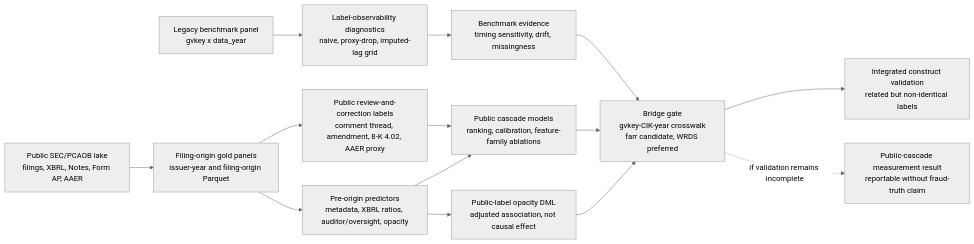
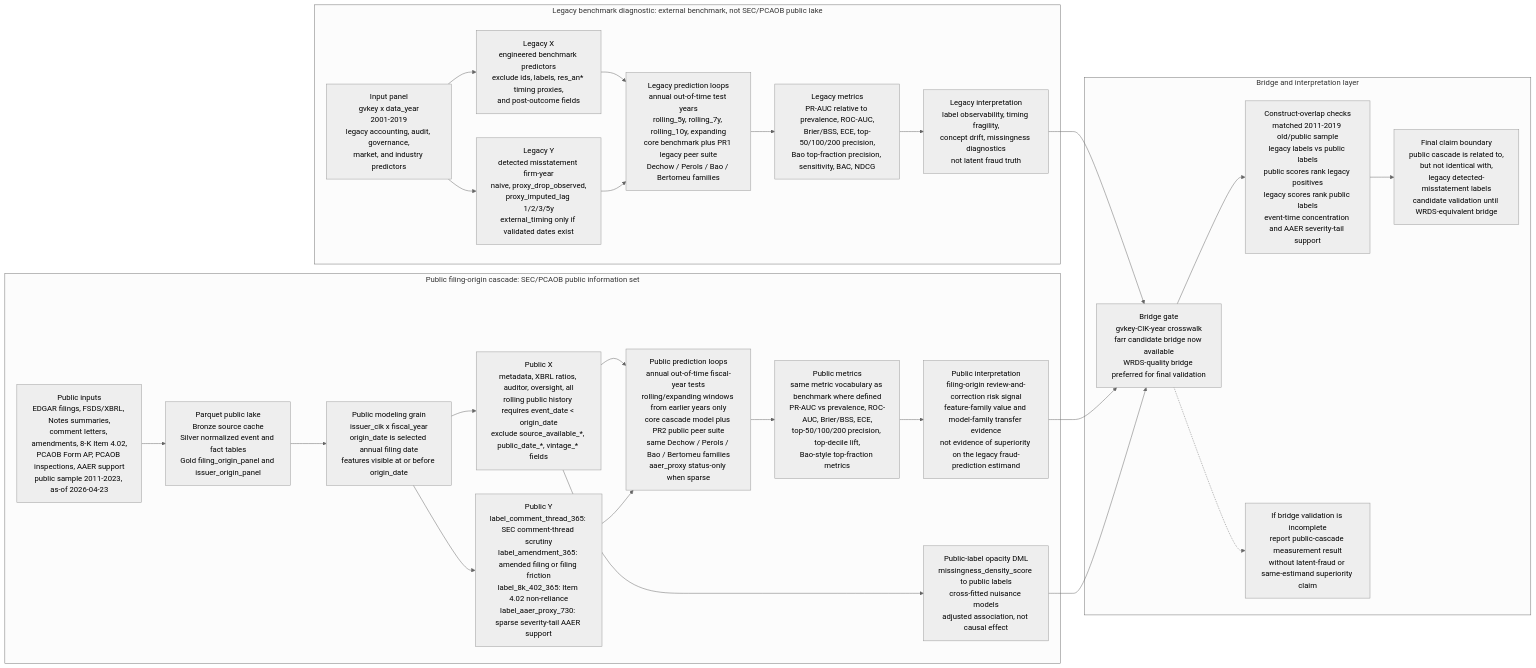
One commit to TY-Cheng/reporting-risk-cascade changed the diagram in docs/paper_plan.md. Above: the diagram before and after it, drawn with Mermaid (neutral theme). The commit also changed other lines of this file and 2 other files, not shown here.

````diff
--- a/docs/paper_plan.md
+++ b/docs/paper_plan.md
@@ -30,18 +30,52 @@
 ```mermaid
 flowchart LR
-    A["Legacy benchmark panel<br/>gvkey x data_year"] --> B["Label-observability diagnostics<br/>naive, proxy-drop, imputed-lag grid"]
-    B --> C["Benchmark evidence<br/>timing sensitivity, drift, missingness"]
+    subgraph LEGACY["Legacy benchmark diagnostic: external benchmark, not SEC/PCAOB public lake"]
+        L0["Input panel<br/>gvkey x data_year<br/>2001-2019<br/>legacy accounting, audit, governance,<br/>market, and industry predictors"]
+        L1["Legacy X<br/>engineered benchmark predictors<br/>exclude ids, labels, res_an* timing proxies,<br/>and post-outcome fields"]
+        L2["Legacy Y<br/>detected misstatement firm-year<br/>naive, proxy_drop_observed,<br/>proxy_imputed_lag 1/2/3/5y<br/>external_timing only if validated dates exist"]
+        L3["Legacy prediction loops<br/>annual out-of-time test years<br/>rolling_5y, rolling_7y, rolling_10y, expanding<br/>core benchmark plus PR1 legacy peer suite<br/>Dechow / Perols / Bao / Bertomeu families"]
+        L4["Legacy metrics<br/>PR-AUC relative to prevalence, ROC-AUC,<br/>Brier/BSS, ECE, top-50/100/200 precision,<br/>Bao top-fraction precision, sensitivity, BAC, NDCG"]
+        L5["Legacy interpretation<br/>label observability, timing fragility,<br/>concept drift, missingness diagnostics<br/>not latent fraud truth"]
+        L0 --> L1
+        L0 --> L2
+        L1 --> L3
+        L2 --> L3
+        L3 --> L4
+        L4 --> L5
+    end
 
-    D["Public SEC/PCAOB lake<br/>filings, XBRL, Notes, Form AP, AAER"] --> E["Filing-origin gold panels<br/>issuer-year and filing-origin Parquet"]
-    E --> F["Public review-and-correction labels<br/>comment thread, amendment, 8-K 4.02, AAER proxy"]
-    E --> G["Pre-origin predictors<br/>metadata, XBRL ratios, auditor/oversight, opacity"]
-    F --> H["Public cascade models<br/>ranking, calibration, feature-family ablations"]
-    G --> H
-    G --> I["Public-label opacity DML<br/>adjusted association, not causal effect"]
+    subgraph PUBLIC["Public filing-origin cascade: SEC/PCAOB public information set"]
+        P0["Public inputs<br/>EDGAR filings, FSDS/XBRL, Notes summaries,<br/>comment letters, amendments, 8-K Item 4.02,<br/>PCAOB Form AP, PCAOB inspections, AAER support<br/>public sample 2011-2023, as-of 2026-04-23"]
+        P1["Parquet public lake<br/>Bronze source cache<br/>Silver normalized event and fact tables<br/>Gold filing_origin_panel and issuer_origin_panel"]
+        P2["Public modeling grain<br/>issuer_cik x fiscal_year<br/>origin_date is selected annual filing date<br/>features visible at or before origin_date"]
+        P3["Public X<br/>metadata, XBRL ratios, auditor, oversight, all<br/>rolling public history requires event_date < origin_date<br/>exclude source_available_*, public_date_*, vintage_* fields"]
+        P4["Public Y<br/>label_comment_thread_365: SEC comment-thread scrutiny<br/>label_amendment_365: amended filing or filing friction<br/>label_8k_402_365: Item 4.02 non-reliance<br/>label_aaer_proxy_730: sparse severity-tail AAER support"]
+        P5["Public prediction loops<br/>annual out-of-time fiscal-year tests<br/>rolling/expanding windows from earlier years only<br/>core cascade model plus PR2 public peer suite<br/>same Dechow / Perols / Bao / Bertomeu families<br/>aaer_proxy status-only when sparse"]
+        P6["Public metrics<br/>same metric vocabulary as benchmark where defined<br/>PR-AUC vs prevalence, ROC-AUC, Brier/BSS, ECE,<br/>top-50/100/200 precision, top-decile lift,<br/>Bao-style top-fraction metrics"]
+        P7["Public interpretation<br/>filing-origin review-and-correction risk signal<br/>feature-family value and model-family transfer evidence<br/>not evidence of superiority on the legacy fraud-prediction estimand"]
+        P8["Public-label opacity DML<br/>missingness_density_score to public labels<br/>cross-fitted nuisance models<br/>adjusted association, not causal effect"]
+        P0 --> P1
+        P1 --> P2
+        P2 --> P3
+        P2 --> P4
+        P3 --> P5
+        P4 --> P5
+        P5 --> P6
+        P6 --> P7
+        P3 --> P8
+    end
 
-    C --> J["Bridge gate<br/>gvkey-CIK-year crosswalk<br/>farr candidate, WRDS preferred"]
-    H --> J
-    I --> J
-    J --> K["Integrated construct validation<br/>related but non-identical labels"]
-    J -. "if validation remains incomplete" .-> L["Public-cascade measurement result<br/>reportable without fraud-truth claim"]
+    subgraph VALIDATION["Bridge and interpretation layer"]
+        V0["Bridge gate<br/>gvkey-CIK-year crosswalk<br/>farr candidate bridge now available<br/>WRDS-quality bridge preferred for final validation"]
+        V1["Construct-overlap checks<br/>matched 2011-2019 old/public sample<br/>legacy labels vs public labels<br/>public scores rank legacy positives<br/>legacy scores rank public labels<br/>event-time concentration and AAER severity-tail support"]
+        V2["Final claim boundary<br/>public cascade is related to,<br/>but not identical with,<br/>legacy detected-misstatement labels<br/>candidate validation until WRDS-equivalent bridge"]
+        V3["If bridge validation is incomplete<br/>report public-cascade measurement result<br/>without latent-fraud or same-estimand superiority claim"]
+        V0 --> V1
+        V1 --> V2
+        V0 -.-> V3
+    end
+
+    L5 --> V0
+    P7 --> V0
+    P8 --> V0
 ```
````
